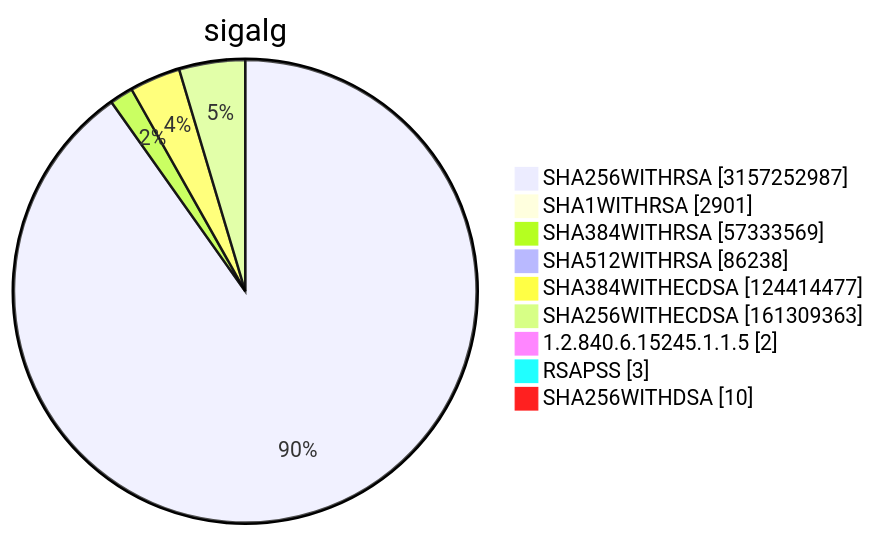
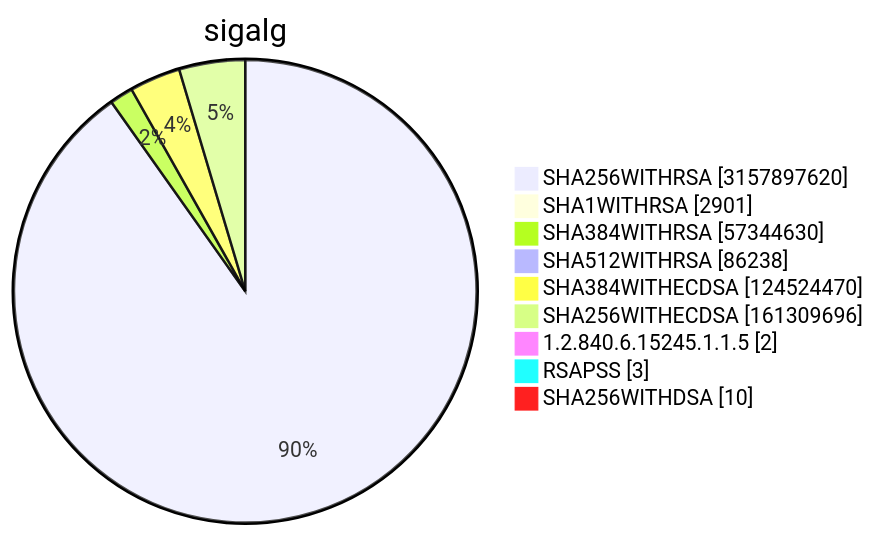
Before and after one commit to christiankrug/ctmonitor_visualization: diagram 15 of 15 in TOTAL/README.md, drawn with Mermaid. The commit also changed other lines of this file, not shown here.

````diff
--- a/TOTAL/README.md
+++ b/TOTAL/README.md
@@ -6215,13 +6215,13 @@
 ```mermaid
 pie showData
 title sigalg
-"SHA256WITHRSA" :3157252987
+"SHA256WITHRSA" :3157897620
 "SHA1WITHRSA" :2901
-"SHA384WITHRSA" :57333569
+"SHA384WITHRSA" :57344630
 "SHA512WITHRSA" :86238
-"SHA384WITHECDSA" :124414477
-"SHA256WITHECDSA" :161309363
+"SHA384WITHECDSA" :124524470
+"SHA256WITHECDSA" :161309696
 "1.2.840.6.15245.1.1.5" :2
 "RSAPSS" :3
 "SHA256WITHDSA" :10
 ```
````
